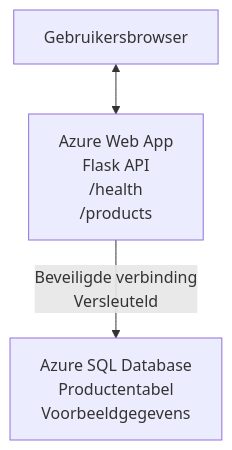
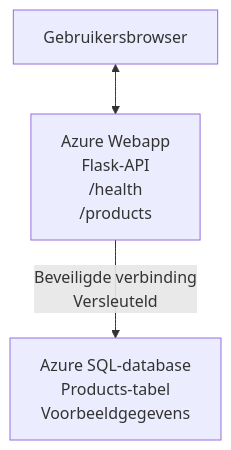
Before and after one commit to microsoft/AZD-for-beginners: the diagram in translations/nl/examples/database-app/README.md, drawn with Mermaid. The commit also changed other lines of this file and 101 other files, not shown here.

````diff
--- a/translations/nl/examples/database-app/README.md
+++ b/translations/nl/examples/database-app/README.md
@@ -72,5 +72,5 @@
 ```mermaid
 graph TD
-    Browser[Gebruikersbrowser] <--> WebApp[Azure Web App<br/>Flask API<br/>/health<br/>/products]
-    WebApp -- Beveiligde verbinding<br/>Versleuteld --> SQL[Azure SQL Database<br/>Productentabel<br/>Voorbeeldgegevens]
+    Browser[Gebruikersbrowser] <--> WebApp[Azure Webapp<br/>Flask-API<br/>/health<br/>/products]
+    WebApp -- Beveiligde verbinding<br/>Versleuteld --> SQL[Azure SQL-database<br/>Products-tabel<br/>Voorbeeldgegevens]
 ```
````
